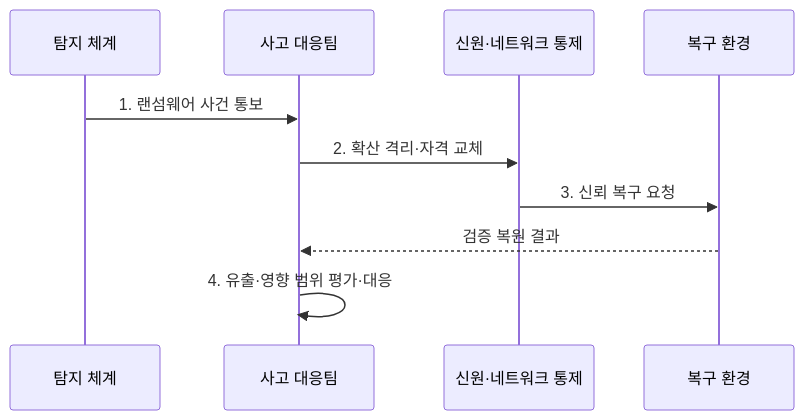
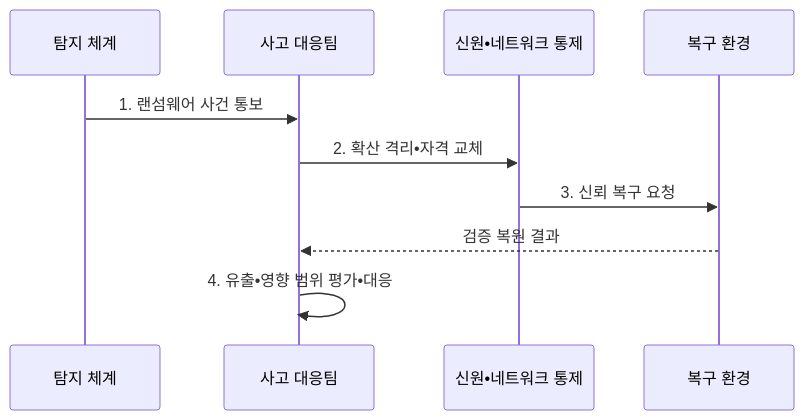
The second of 2 diagrams in src/content/docs/notes/05-security/026_ransomware.md (agnusdei1207/knowledge-base), drawn with Mermaid before and after one commit. The commit also changed other lines of this file and 953 other files, not shown here.

````diff
--- a/src/content/docs/notes/05-security/026_ransomware.md
+++ b/src/content/docs/notes/05-security/026_ransomware.md
@@ -102,12 +102,12 @@
 ```mermaid
 sequenceDiagram
     participant D as 탐지 체계
     participant I as 사고 대응팀
-    participant N as 신원·네트워크 통제
+    participant N as 신원•네트워크 통제
     participant R as 복구 환경
     D->>I: 1. 랜섬웨어 사건 통보
-    I->>N: 2. 확산 격리·자격 교체
+    I->>N: 2. 확산 격리•자격 교체
     N->>R: 3. 신뢰 복구 요청
     R-->>I: 검증 복원 결과
-    I->>I: 4. 유출·영향 범위 평가·대응
+    I->>I: 4. 유출•영향 범위 평가•대응
 ```
````
